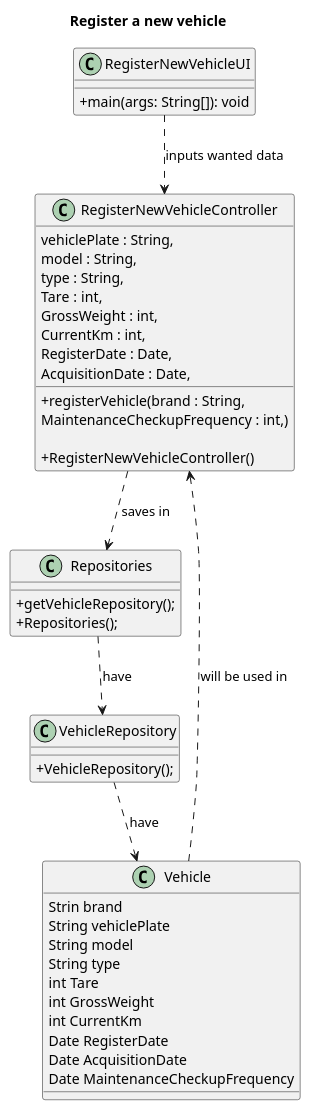
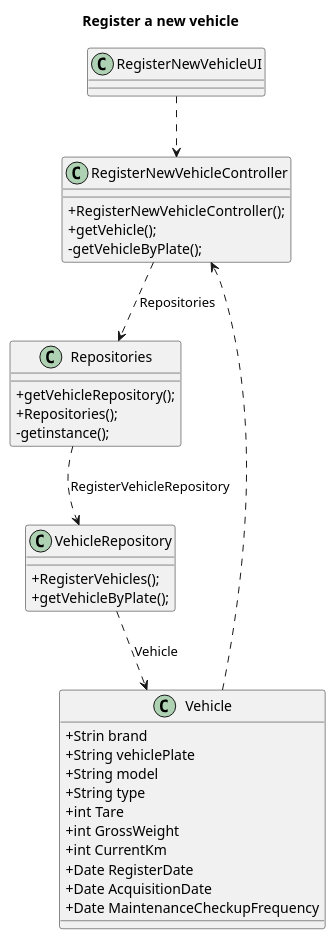
Before and after one commit to Departamento-de-Engenharia-Informatica/lei-24-s2-1dm-g132: the diagram in docs/sprintB/us006/03.design/puml/us006-class-diagram.puml, drawn with PlantUML. The commit also changed 5 other files, not shown here.

Commit message:
Changes in the job and Vehicle class diagram

```diff
--- a/docs/sprintB/us006/03.design/puml/us006-class-diagram.puml
+++ b/docs/sprintB/us006/03.design/puml/us006-class-diagram.puml
@@ -1,53 +1,49 @@
 @startuml
 title Register a new vehicle
 
 skinparam classAttributeIconSize 0
 
 
 class RegisterNewVehicleController {
-    + registerVehicle(brand : String,
-                           vehiclePlate : String,
-                           model : String,
-                           type : String,
-                           Tare : int,
-                           GrossWeight : int,
-                           CurrentKm : int,
-                           RegisterDate : Date,
-                           AcquisitionDate : Date,
-                           MaintenanceCheckupFrequency : int,)
 
-                           + RegisterNewVehicleController()
+    + RegisterNewVehicleController();
+    +getVehicle();
+    -getVehicleByPlate();
+
      }
 
 class RegisterNewVehicleUI {
-    +main(args: String[]): void
+
 }
 
 class Repositories{
     + getVehicleRepository();
     +Repositories();
+    -getinstance();
 
 }
 class VehicleRepository{
-    + VehicleRepository();
+    +RegisterVehicles();
+    +getVehicleByPlate();
+
 }
 
 class Vehicle {
-    Strin brand
-    String vehiclePlate
-    String model
-    String type
-    int Tare
-    int GrossWeight
-    int CurrentKm
-    Date RegisterDate
-    Date AcquisitionDate
-    Date MaintenanceCheckupFrequency
+    +Strin brand
+    +String vehiclePlate
+    +String model
+    +String type
+    +int Tare
+    +int GrossWeight
+    +int CurrentKm
+    +Date RegisterDate
+    +Date AcquisitionDate
+    +Date MaintenanceCheckupFrequency
 }
 
-RegisterNewVehicleUI ..> RegisterNewVehicleController : inputs wanted data
-RegisterNewVehicleController ..> Repositories : «saves in»
-Vehicle ..> RegisterNewVehicleController : will be used in
-Repositories ..> VehicleRepository : have
-VehicleRepository ..> Vehicle : have
+RegisterNewVehicleUI ..> RegisterNewVehicleController
+RegisterNewVehicleController ..> Repositories : Repositories
+Vehicle ..> RegisterNewVehicleController
+Repositories ..> VehicleRepository : RegisterVehicleRepository
+VehicleRepository ..> Vehicle : Vehicle
 @enduml
```
